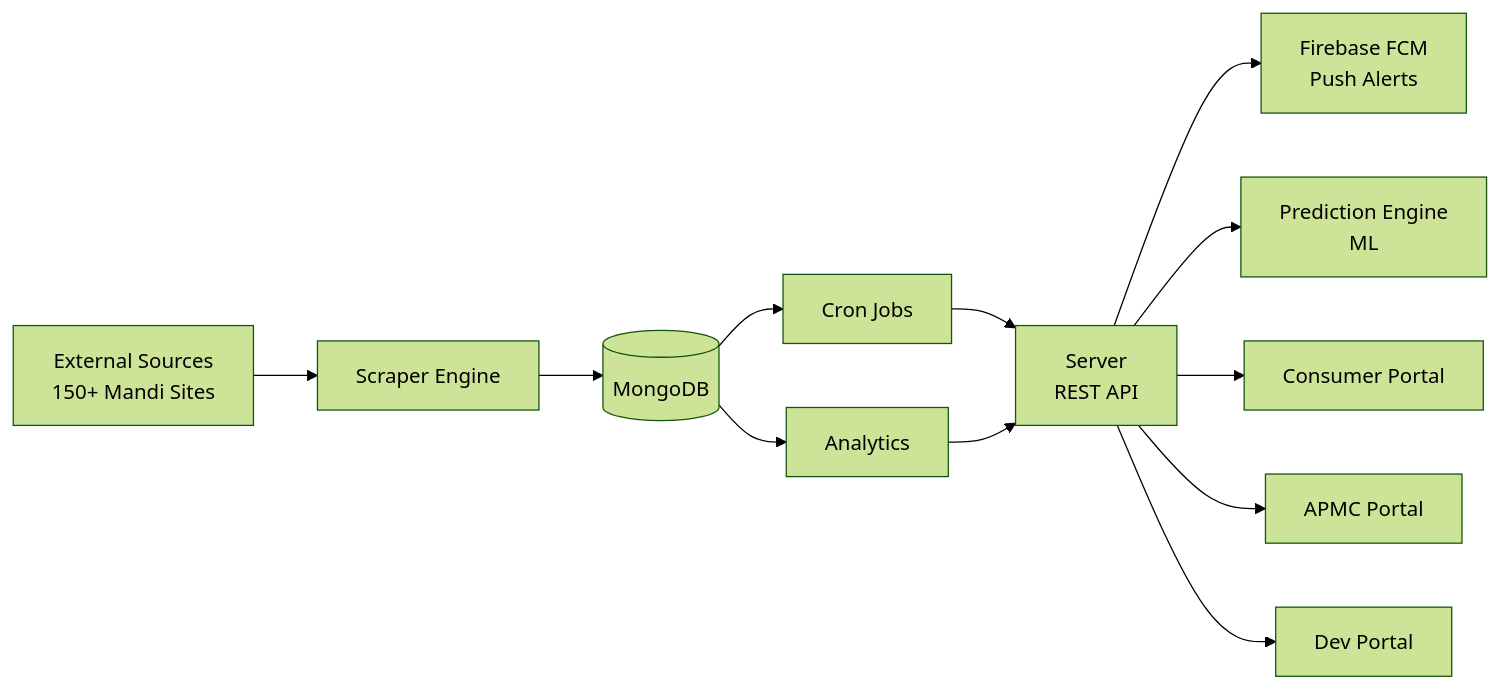
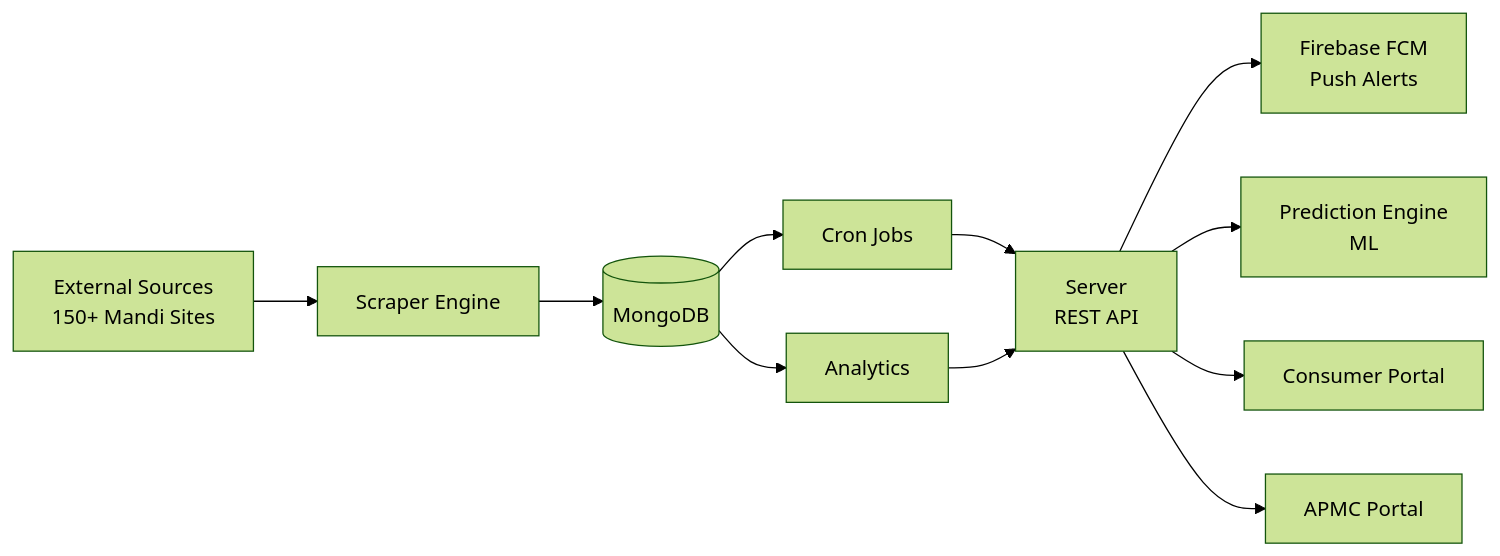
One commit to Mohamed-faaris/Ajrasakha-Hackathon changed the second of 2 diagrams in README.md. Above: the diagram before and after it, drawn with Mermaid (forest theme). The commit also changed other lines of this file and 26 other files, not shown here.

First line of the commit message:
chore: remove dev-portal module and update all references

````diff
--- a/README.md
+++ b/README.md
@@ -93,17 +91,16 @@
 ```mermaid
 flowchart LR
     ES[External Sources<br/>150+ Mandi Sites] --> SE[Scraper Engine]
     SE --> MongoDB[(MongoDB)]
     MongoDB --> CJ[Cron Jobs]
     CJ --> API[Server<br/>REST API]
 
     MongoDB --> Analytics[Analytics]
     Analytics --> API
 
     API --> FCM[Firebase FCM<br/>Push Alerts]
     API --> PE[Prediction Engine<br/>ML]
 
     API --> CP[Consumer Portal]
     API --> AP[APMC Portal]
-    API --> DP[Dev Portal]
 ```
````
